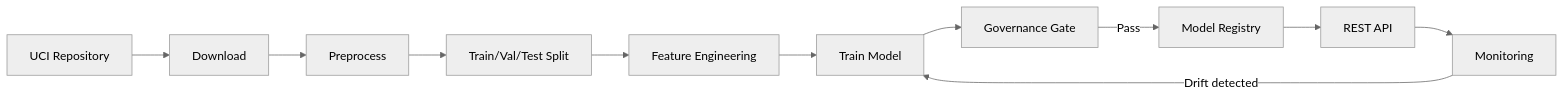
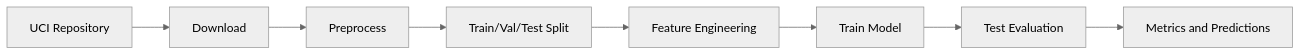
One commit to VillaforTech/Fairness-Aware-Candidate-Pre-Screening changed the first of 2 diagrams in README.md. Above: the diagram before and after it, drawn with Mermaid (neutral theme). The commit also changed other lines of this file and 19 other files, not shown here.

````diff
--- a/README.md
+++ b/README.md
@@ -138,13 +108,10 @@
 ```mermaid
 flowchart LR
     A[UCI Repository] --> B[Download]
     B --> C[Preprocess]
     C --> D[Train/Val/Test Split]
     D --> E[Feature Engineering]
     E --> F[Train Model]
-    F --> G[Governance Gate]
-    G -->|Pass| H[Model Registry]
-    H --> I[REST API]
-    I --> J[Monitoring]
-    J -->|Drift detected| F
+    F --> G[Test Evaluation]
+    G --> H[Metrics and Predictions]
 ```
````
